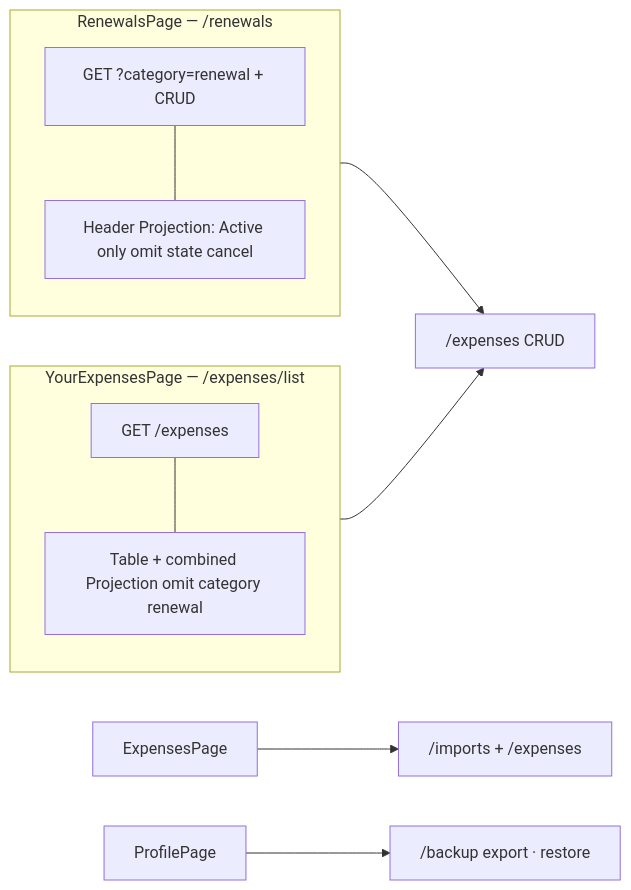
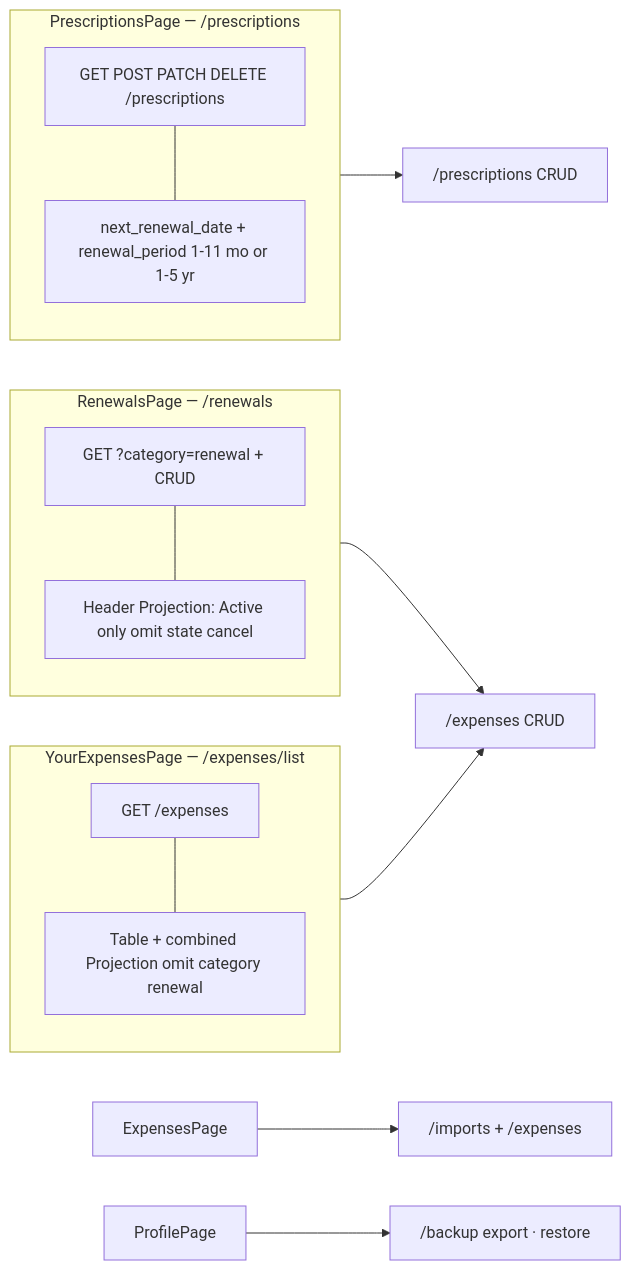
The eighth of 17 diagrams in docs/ARCHITECTURE_DIAGRAM.md (becomeonewiththecode/expense_tracker), drawn with Mermaid before and after one commit. The commit also changed other lines of this file and 14 other files, not shown here.

First line of the commit message:
Add Prescriptions: CRUD, reminders, monthly renewal periods

````diff
--- a/docs/ARCHITECTURE_DIAGRAM.md
+++ b/docs/ARCHITECTURE_DIAGRAM.md
@@ -277,19 +288,25 @@
 ```mermaid
 flowchart LR
   EP[ExpensesPage] --> IM["/imports + /expenses"]
   subgraph YEP["YourExpensesPage — /expenses/list"]
     direction TB
     YG["GET /expenses"]
     YV["Table + combined Projection omit category renewal"]
     YG --- YV
   end
   subgraph NRP["RenewalsPage — /renewals"]
     direction TB
     NG["GET ?category=renewal + CRUD"]
     NV["Header Projection: Active only omit state cancel"]
     NG --- NV
   end
   NRP --> EX["/expenses CRUD"]
   YEP --> EX
+  subgraph PSPg["PrescriptionsPage — /prescriptions"]
+    direction TB
+    PG2["GET POST PATCH DELETE /prescriptions"]
+    PG2 --- PGnote["next_renewal_date + renewal_period 1-11 mo or 1-5 yr"]
+  end
+  PSPg --> PRX["/prescriptions CRUD"]
   PP[ProfilePage] --> BK["/backup export · restore"]
 ```
````
